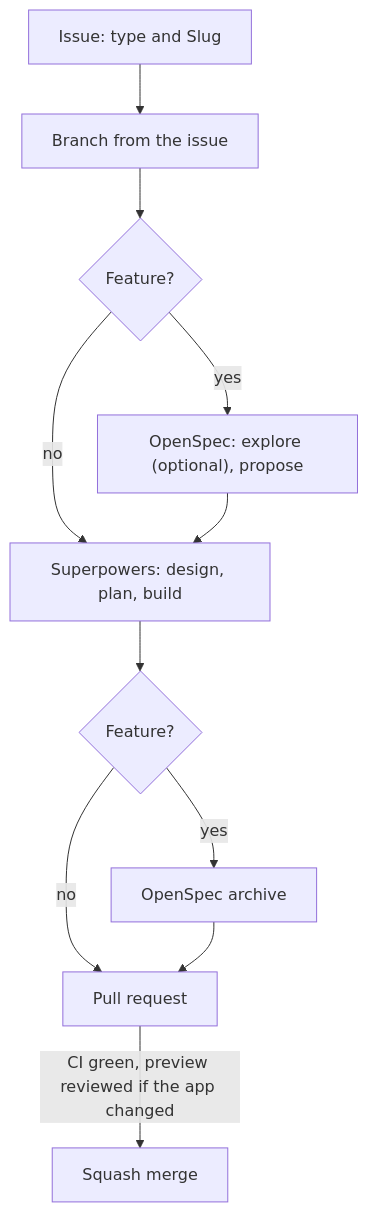
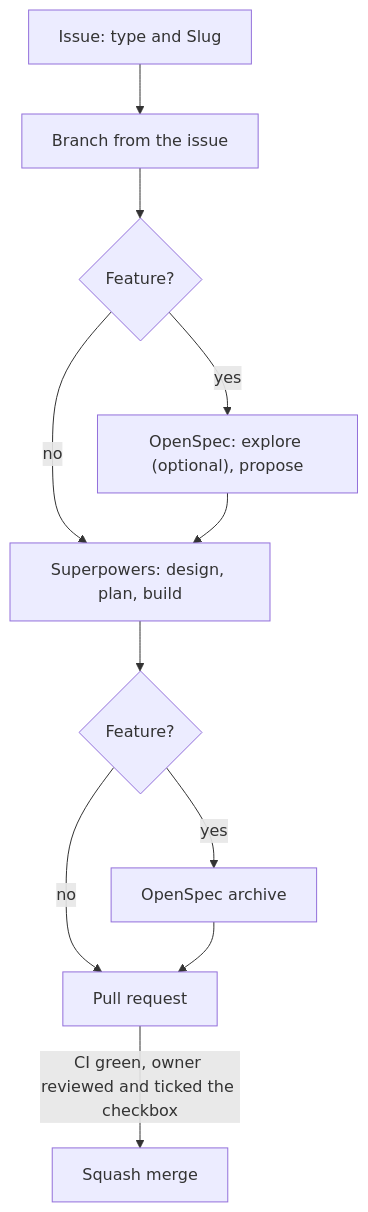
The diagram in docs/how-to/development-workflow.md (football-toolkit/squadhopper), drawn with Mermaid before and after one commit. The commit also changed other lines of this file and 7 other files, not shown here.

Commit message:
docs: replace PR screenshots with an owner review checkbox (#71)

````diff
--- a/docs/how-to/development-workflow.md
+++ b/docs/how-to/development-workflow.md
@@ -7,13 +7,13 @@
 ```mermaid
 flowchart TD
     A["Issue: type and Slug"] --> B["Branch from the issue"]
     B --> C{"Feature?"}
     C -->|"yes"| D["OpenSpec: explore (optional), propose"]
     C -->|"no"| E["Superpowers: design, plan, build"]
     D --> E
     E --> F{"Feature?"}
     F -->|"yes"| G["OpenSpec archive"]
     F -->|"no"| H["Pull request"]
     G --> H
-    H -->|"CI green, preview reviewed if the app changed"| I["Squash merge"]
+    H -->|"CI green, owner reviewed and ticked the checkbox"| I["Squash merge"]
 ```
````
